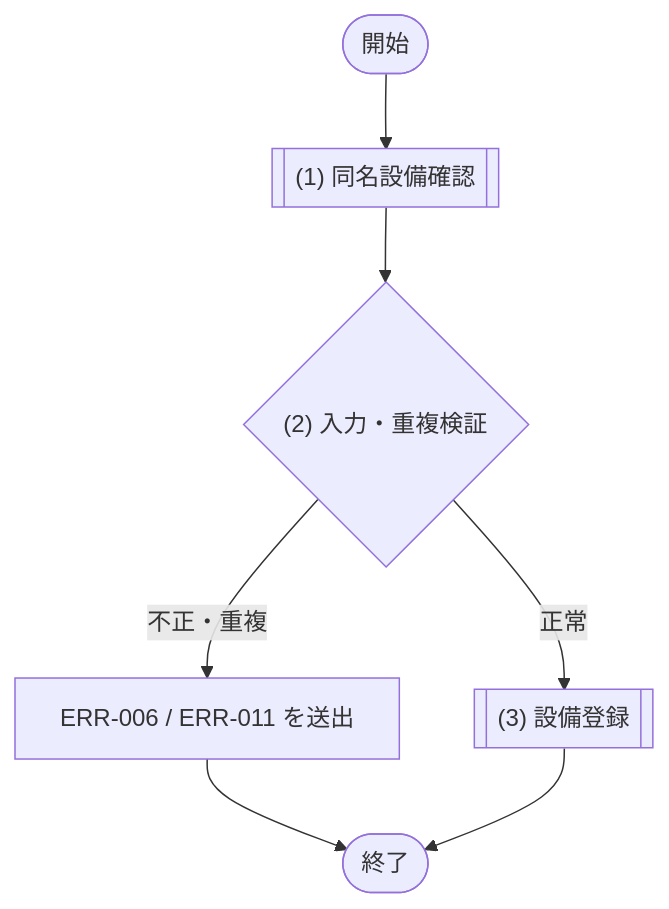
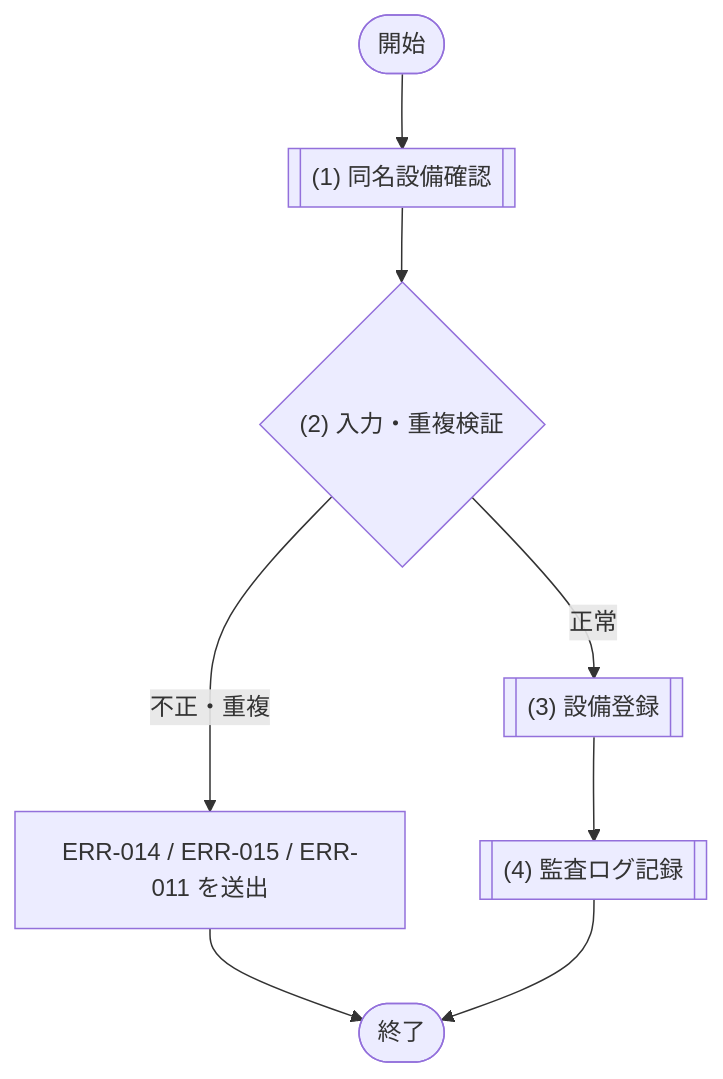
Before and after one commit to sikakou54/system-document-template: the fourth of 6 diagrams in docs/03_機能設計/06_モジュール設計/MOD-004_会議室管理サービス.md, drawn with Mermaid. The commit also changed other lines of this file and 136 other files, not shown here.

````diff
--- a/docs/03_機能設計/06_モジュール設計/MOD-004_会議室管理サービス.md
+++ b/docs/03_機能設計/06_モジュール設計/MOD-004_会議室管理サービス.md
@@ -468,13 +536,14 @@
 ```mermaid
 flowchart TD
   Start([開始])
   P1[["(1) 同名設備確認"]]
   D1{"(2) 入力・重複検証"}
   P2[["(3) 設備登録"]]
-  E1["ERR-006 / ERR-011 を送出"]
+  P3[["(4) 監査ログ記録"]]
+  E1["ERR-014 / ERR-015 / ERR-011 を送出"]
   End([終了])
 
   Start --> P1 --> D1
   D1 -- "不正・重複" --> E1 --> End
-  D1 -- "正常" --> P2 --> End
+  D1 -- "正常" --> P2 --> P3 --> End
 ```
````
